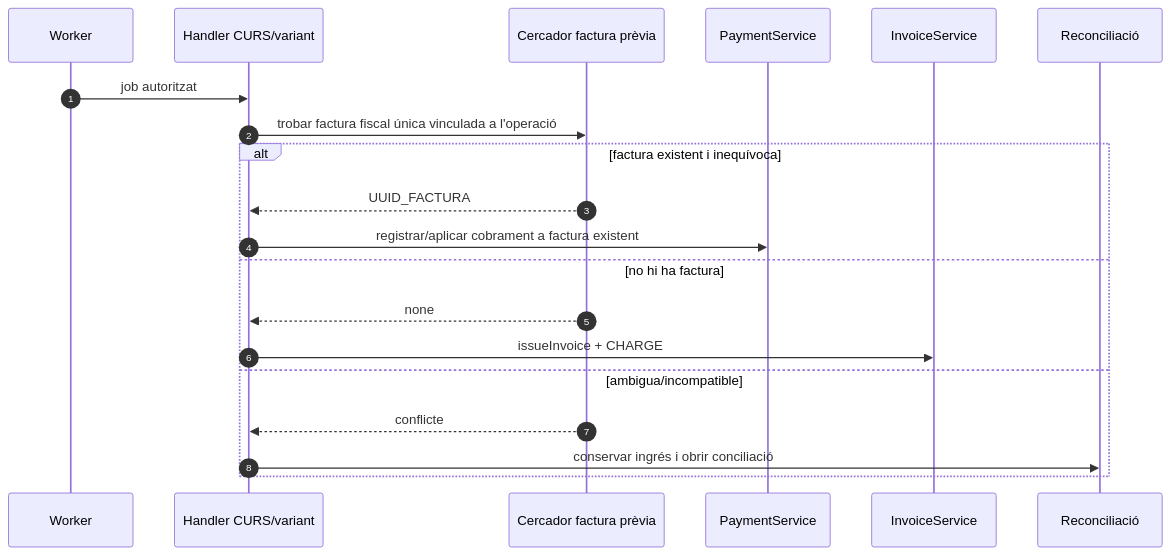
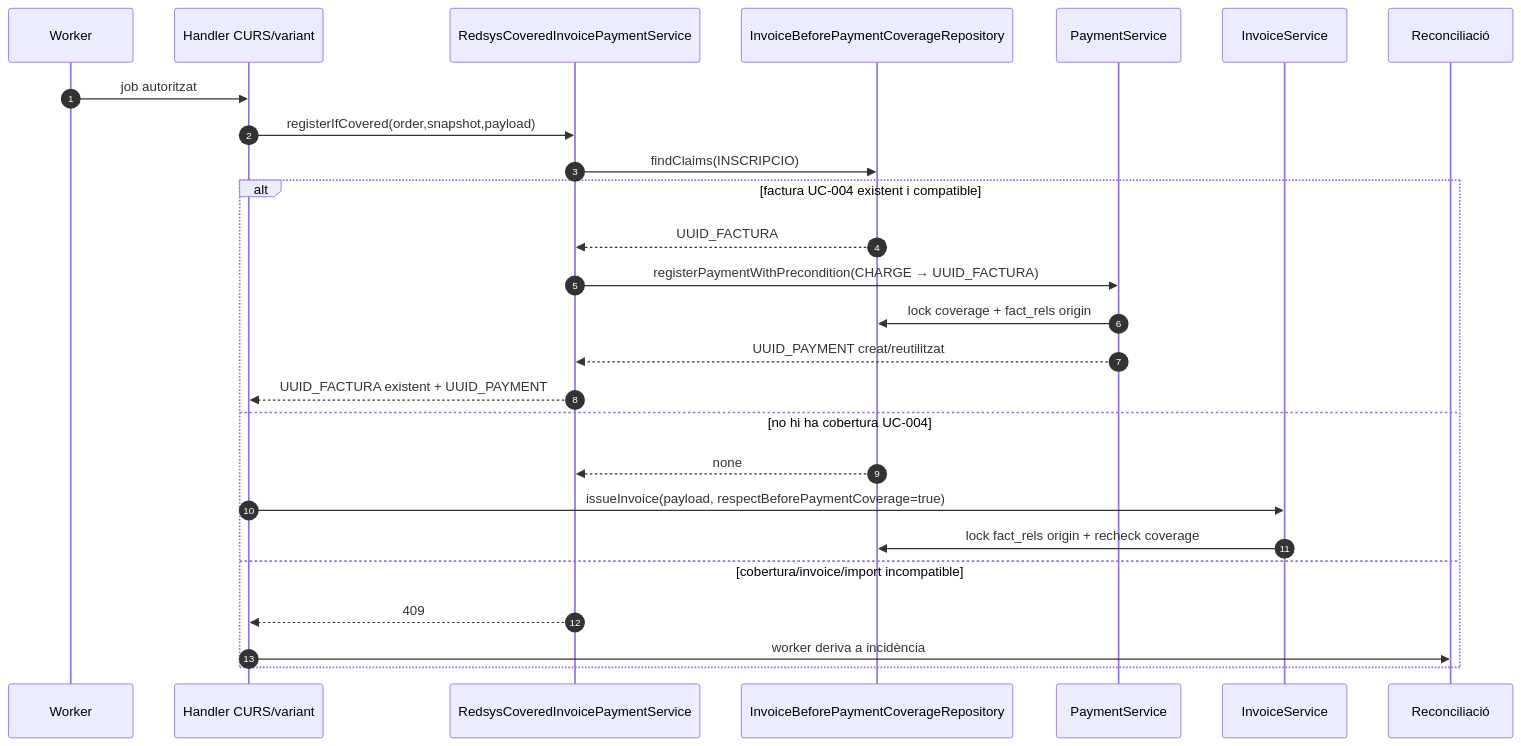
The eighth of 8 diagrams in documentacio/07-uml-integrat/uc-003-sequencies-actual-final.md (orgmeriemprismacat-del/verifactu), drawn with Mermaid before and after one commit. The commit also changed other lines of this file, not shown here.

Commit message:
docs(UC-003): document implemented preissued-invoice sequence

````diff
--- a/documentacio/07-uml-integrat/uc-003-sequencies-actual-final.md
+++ b/documentacio/07-uml-integrat/uc-003-sequencies-actual-final.md
@@ -206,23 +206,29 @@
 ```mermaid
 sequenceDiagram
 autonumber
 participant W as Worker
 participant H as Handler CURS/variant
-participant F as Cercador factura prèvia
+participant F as RedsysCoveredInvoicePaymentService
+participant Cov as InvoiceBeforePaymentCoverageRepository
 participant Pay as PaymentService
 participant Inv as InvoiceService
 participant Inc as Reconciliació
 
 W->>H: job autoritzat
-H->>F: trobar factura fiscal única vinculada a l'operació
-alt factura existent i inequívoca
-  F-->>H: UUID_FACTURA
-  H->>Pay: registrar/aplicar cobrament a factura existent
-else no hi ha factura
-  F-->>H: none
-  H->>Inv: issueInvoice + CHARGE
-else ambigua/incompatible
-  F-->>H: conflicte
-  H->>Inc: conservar ingrés i obrir conciliació
+H->>F: registerIfCovered(order,snapshot,payload)
+F->>Cov: findClaims(INSCRIPCIO)
+alt factura UC-004 existent i compatible
+  Cov-->>F: UUID_FACTURA
+  F->>Pay: registerPaymentWithPrecondition(CHARGE → UUID_FACTURA)
+  Pay->>Cov: lock coverage + fact_rels origin
+  Pay-->>F: UUID_PAYMENT creat/reutilitzat
+  F-->>H: UUID_FACTURA existent + UUID_PAYMENT
+else no hi ha cobertura UC-004
+  Cov-->>F: none
+  H->>Inv: issueInvoice(payload, respectBeforePaymentCoverage=true)
+  Inv->>Cov: lock fact_rels origin + recheck coverage
+else cobertura/invoice/import incompatible
+  F-->>H: 409
+  H->>Inc: worker deriva a incidència
 end
 ```
````
